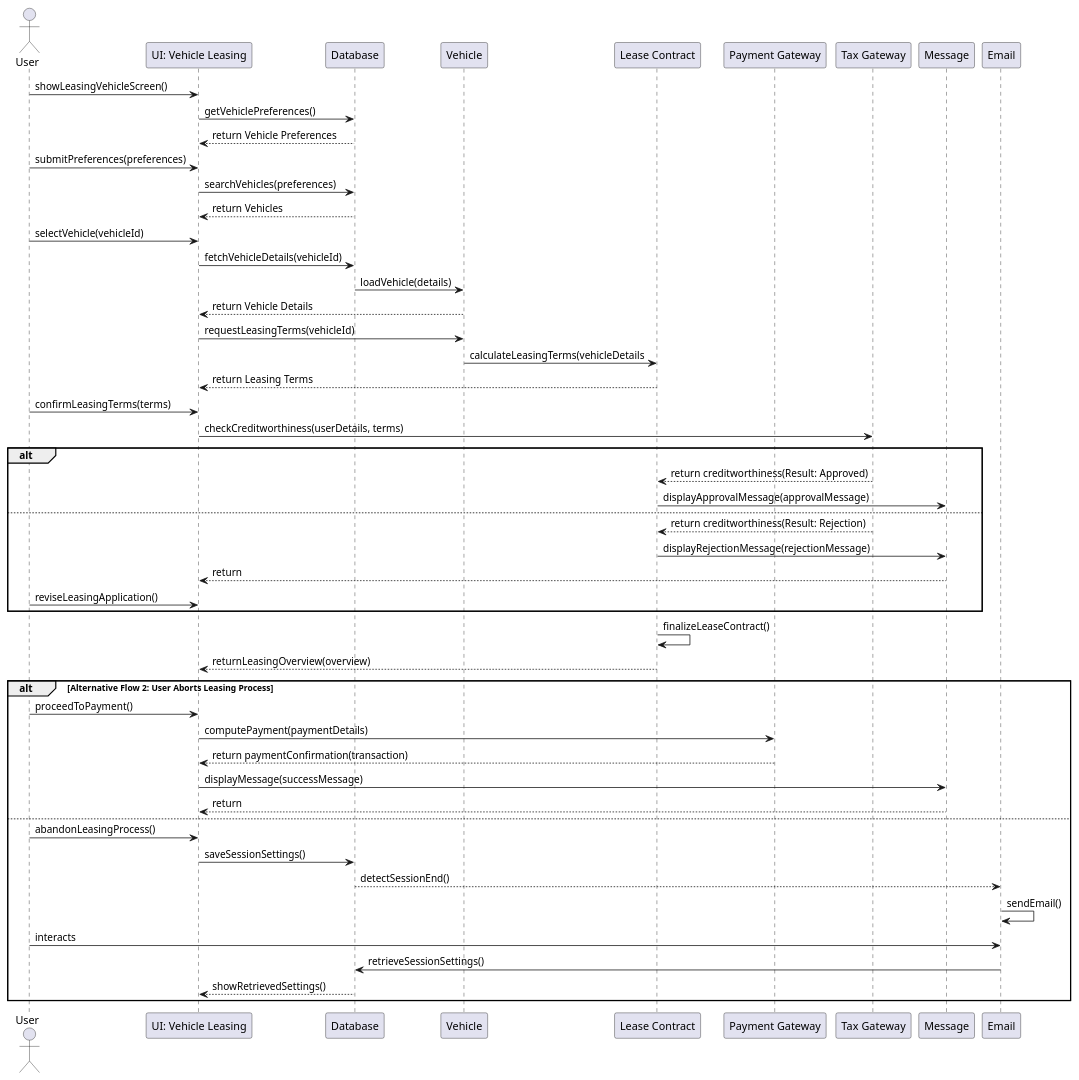
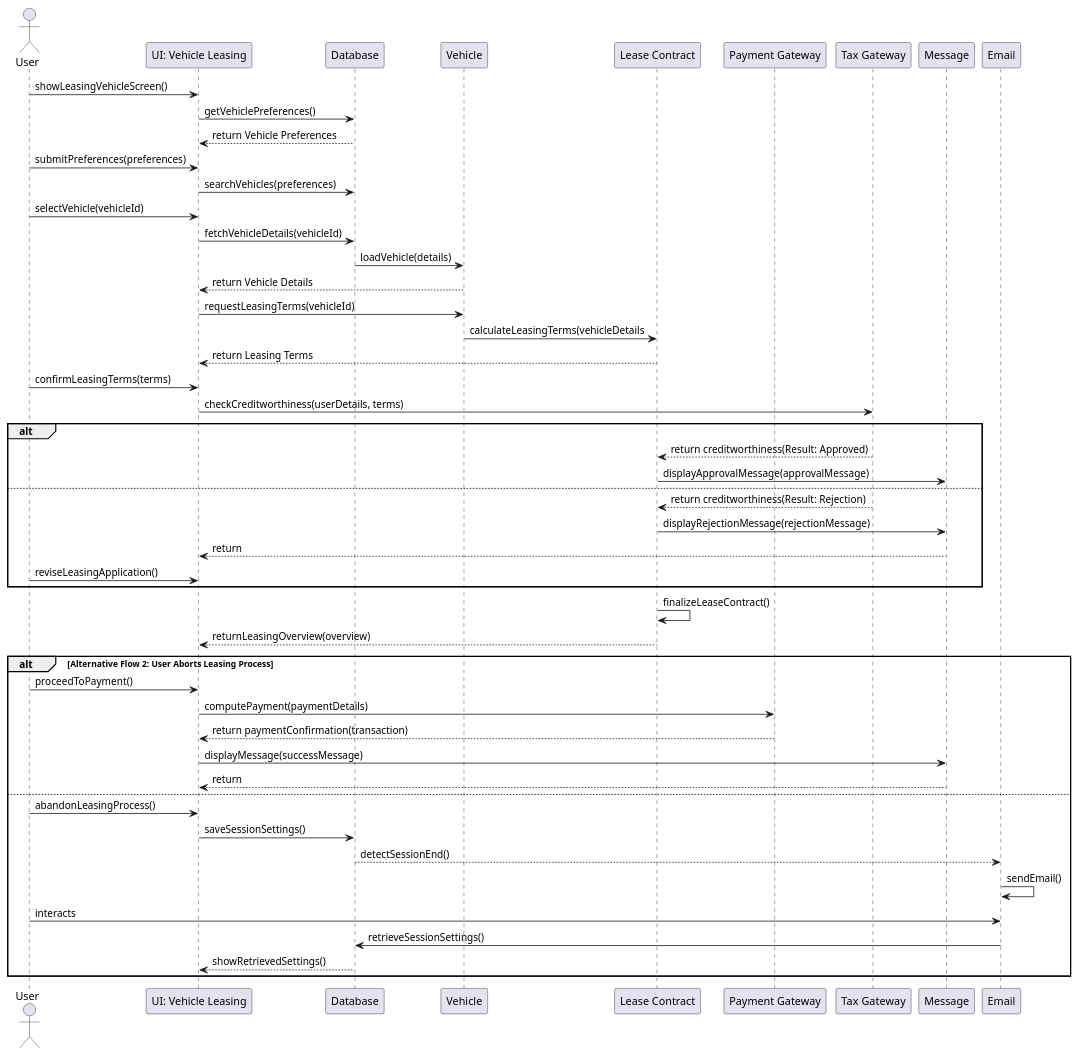
The diagram in Code/LeaseIT/src/Sequence.puml (ChristineGi/LeaseIt), drawn with PlantUML before and after one commit. The commit also changed 12 other files, not shown here.

```diff
--- a/Code/LeaseIT/src/Sequence.puml
+++ b/Code/LeaseIT/src/Sequence.puml
@@ -1,60 +1,59 @@
 @startuml
 actor User
 participant "UI: Vehicle Leasing" as UIL
 participant Database
 participant Vehicle
 participant "Lease Contract" as LC
 participant "Payment Gateway" as PG
 participant "Tax Gateway" as TG
 participant Message
 participant Email
 
 User -> UIL : showLeasingVehicleScreen()
 UIL -> Database : getVehiclePreferences()
 Database --> UIL : return Vehicle Preferences
 User -> UIL : submitPreferences(preferences)
 UIL -> Database : searchVehicles(preferences)
-Database --> UIL : return Vehicles
 User -> UIL : selectVehicle(vehicleId)
 UIL -> Database : fetchVehicleDetails(vehicleId)
 Database -> Vehicle : loadVehicle(details)
 Vehicle --> UIL : return Vehicle Details
 UIL -> Vehicle : requestLeasingTerms(vehicleId)
 Vehicle -> LC : calculateLeasingTerms(vehicleDetails
 LC --> UIL : return Leasing Terms
 User -> UIL : confirmLeasingTerms(terms)
 UIL -> TG : checkCreditworthiness(userDetails, terms)
 
 alt
   TG --> LC : return creditworthiness(Result: Approved)
   LC -> Message : displayApprovalMessage(approvalMessage)
 
 else
   TG --> LC : return creditworthiness(Result: Rejection)
   LC -> Message : displayRejectionMessage(rejectionMessage)
   Message --> UIL : return
   User -> UIL : reviseLeasingApplication()
 end
 
 LC -> LC : finalizeLeaseContract()
 LC --> UIL : returnLeasingOverview(overview)
 
 alt Alternative Flow 2: User Aborts Leasing Process
 
   User -> UIL : proceedToPayment()
   UIL -> PG : computePayment(paymentDetails)
   PG --> UIL : return paymentConfirmation(transaction)
   UIL -> Message : displayMessage(successMessage)
   Message --> UIL : return
 
 else
   User -> UIL : abandonLeasingProcess()
   UIL -> Database : saveSessionSettings()
   Database --> Email : detectSessionEnd()
   Email -> Email : sendEmail()
   User -> Email : interacts
   Email -> Database : retrieveSessionSettings()
   Database --> UIL : showRetrievedSettings()
 end
 
 @enduml
```
